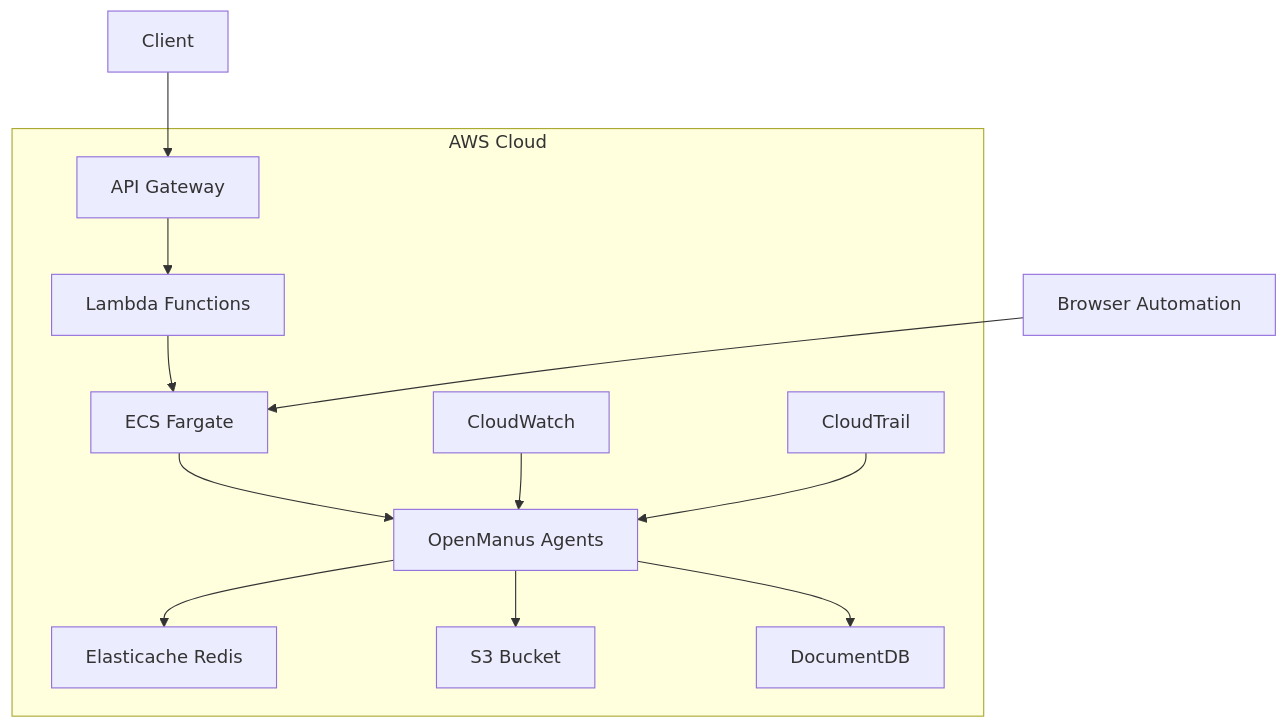
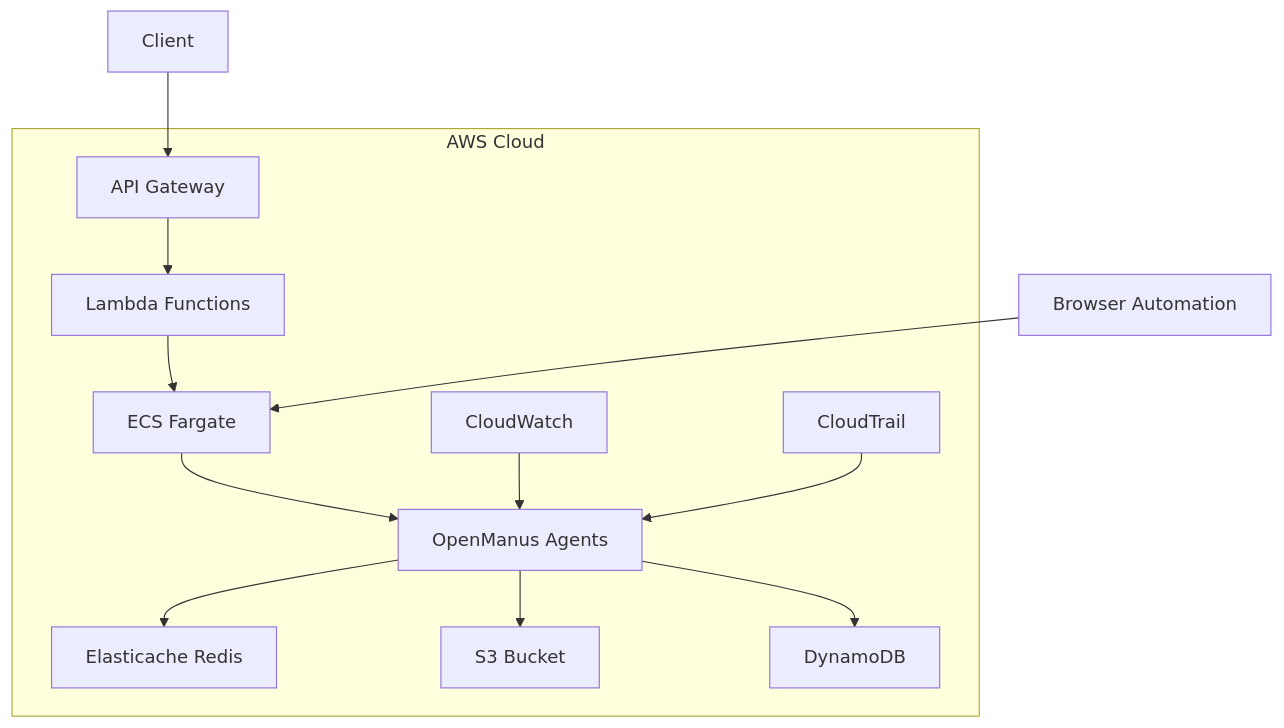
Before and after one commit to richardstanley/OpenManus: the first of 6 diagrams in Cloud_Scaling_Proposals.md, drawn with Mermaid. The commit also changed other lines of this file, not shown here.

Commit message:
Update for dynamo

````diff
--- a/Cloud_Scaling_Proposals.md
+++ b/Cloud_Scaling_Proposals.md
@@ -7,16 +7,16 @@
 ```mermaid
 graph TD
     subgraph AWS Cloud
         A[API Gateway] --> B[Lambda Functions]
         B --> C[ECS Fargate]
         C --> D[OpenManus Agents]
         D --> E[Elasticache Redis]
         D --> F[S3 Bucket]
-        D --> G[DocumentDB]
+        D --> G[DynamoDB]
         H[CloudWatch] --> D
         I[CloudTrail] --> D
     end
 
     J[Client] --> A
     K[Browser Automation] --> C
 ```
````
